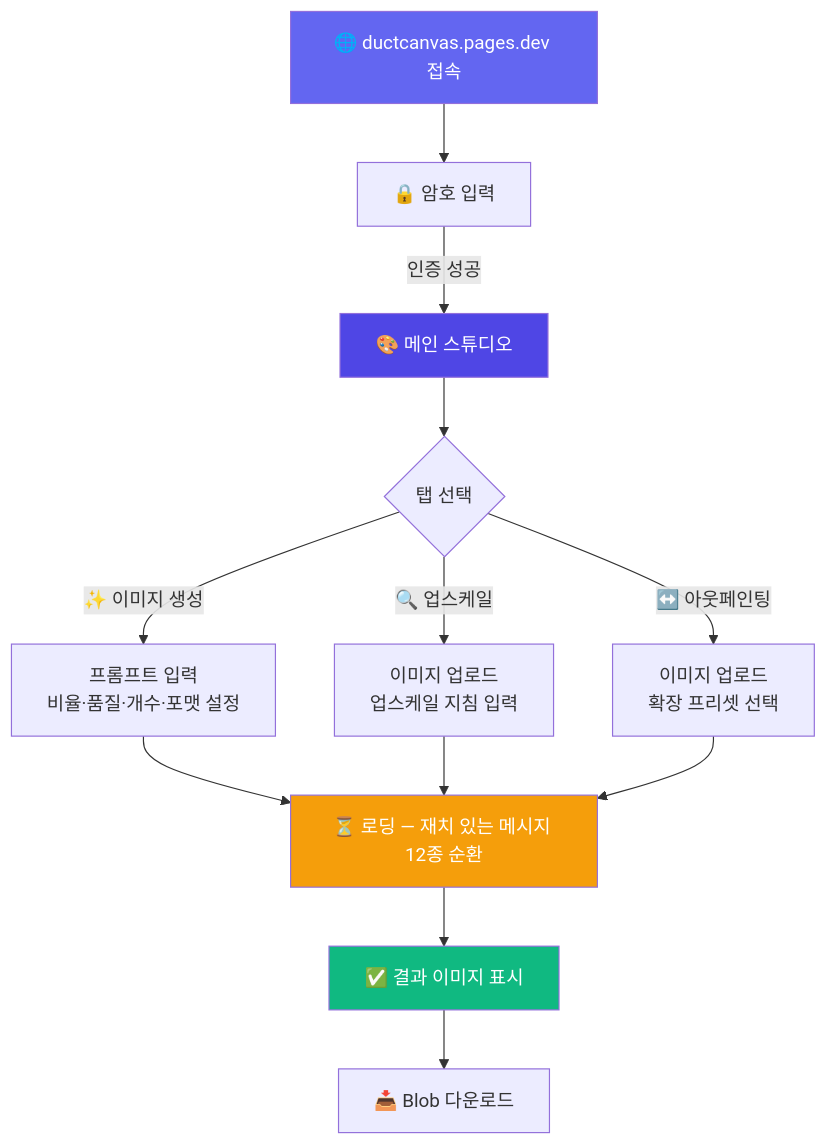
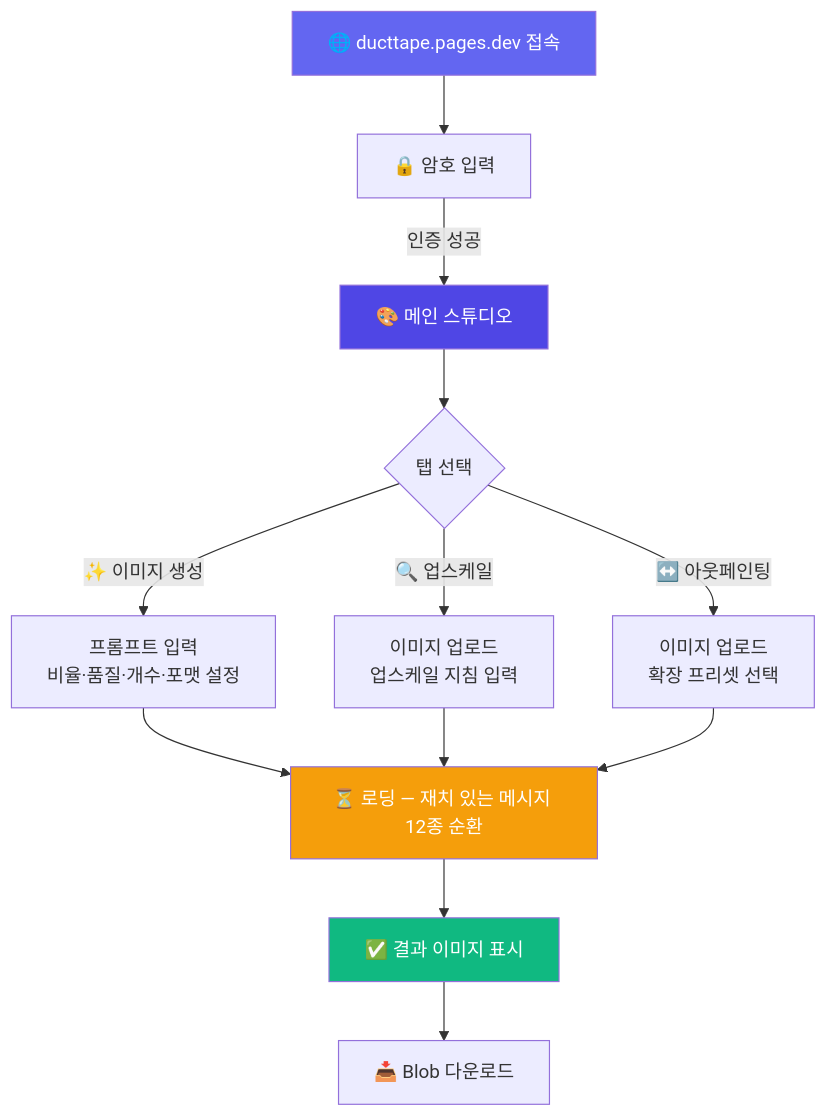
One commit to izowooi/crispy-web changed the first of 2 diagrams in ductcanvas/README.md. Above: the diagram before and after it, drawn with Mermaid. The commit also changed other lines of this file and 1 other file, not shown here.

Commit message:
ductcanvas: 배포 URL 수정 (ductcanvas → ducttape.pages.dev)

````diff
--- a/ductcanvas/README.md
+++ b/ductcanvas/README.md
@@ -50,19 +50,19 @@
 ```mermaid
 graph TD
-    A[🌐 ductcanvas.pages.dev 접속] --> B[🔒 암호 입력]
+    A[🌐 ducttape.pages.dev 접속] --> B[🔒 암호 입력]
     B -->|인증 성공| C[🎨 메인 스튜디오]
     C --> D{탭 선택}
     D -->|✨ 이미지 생성| E[프롬프트 입력<br/>비율·품질·개수·포맷 설정]
     D -->|🔍 업스케일| F[이미지 업로드<br/>업스케일 지침 입력]
     D -->|↔️ 아웃페인팅| G[이미지 업로드<br/>확장 프리셋 선택]
     E --> H[⏳ 로딩 — 재치 있는 메시지 12종 순환]
     F --> H
     G --> H
     H --> I[✅ 결과 이미지 표시]
     I --> J[📥 Blob 다운로드]
 
     style A fill:#6366f1,color:#fff
     style C fill:#4f46e5,color:#fff
     style H fill:#f59e0b,color:#fff
     style I fill:#10b981,color:#fff
 ```
````
